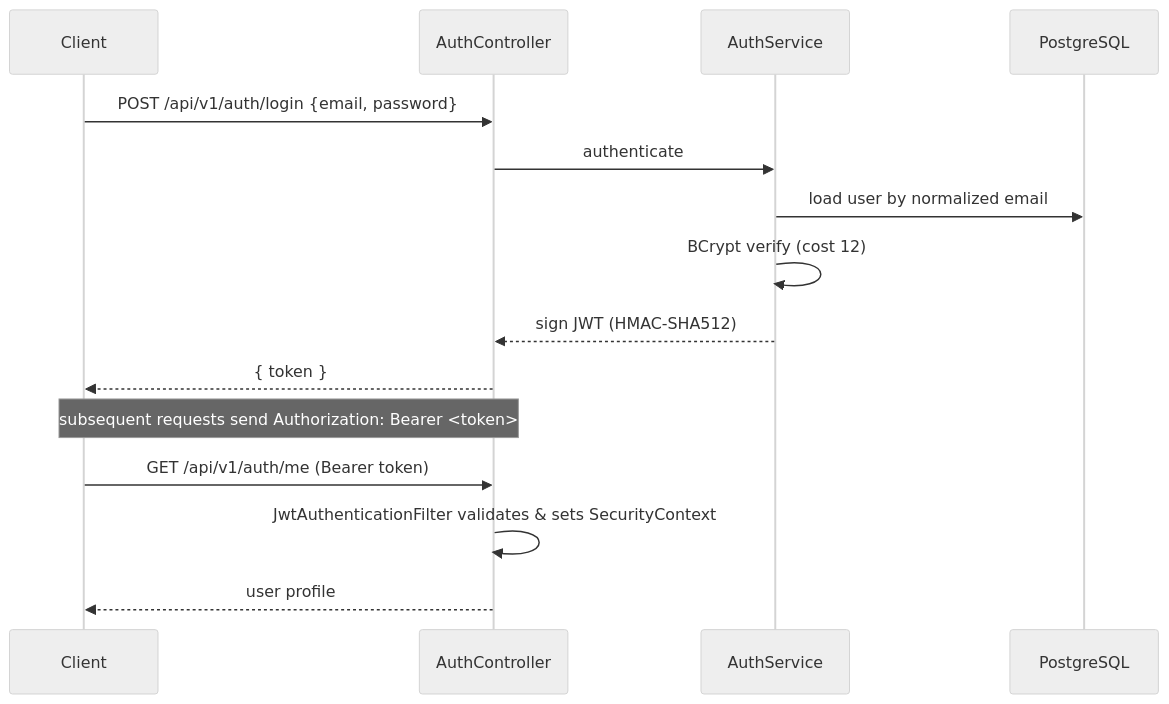
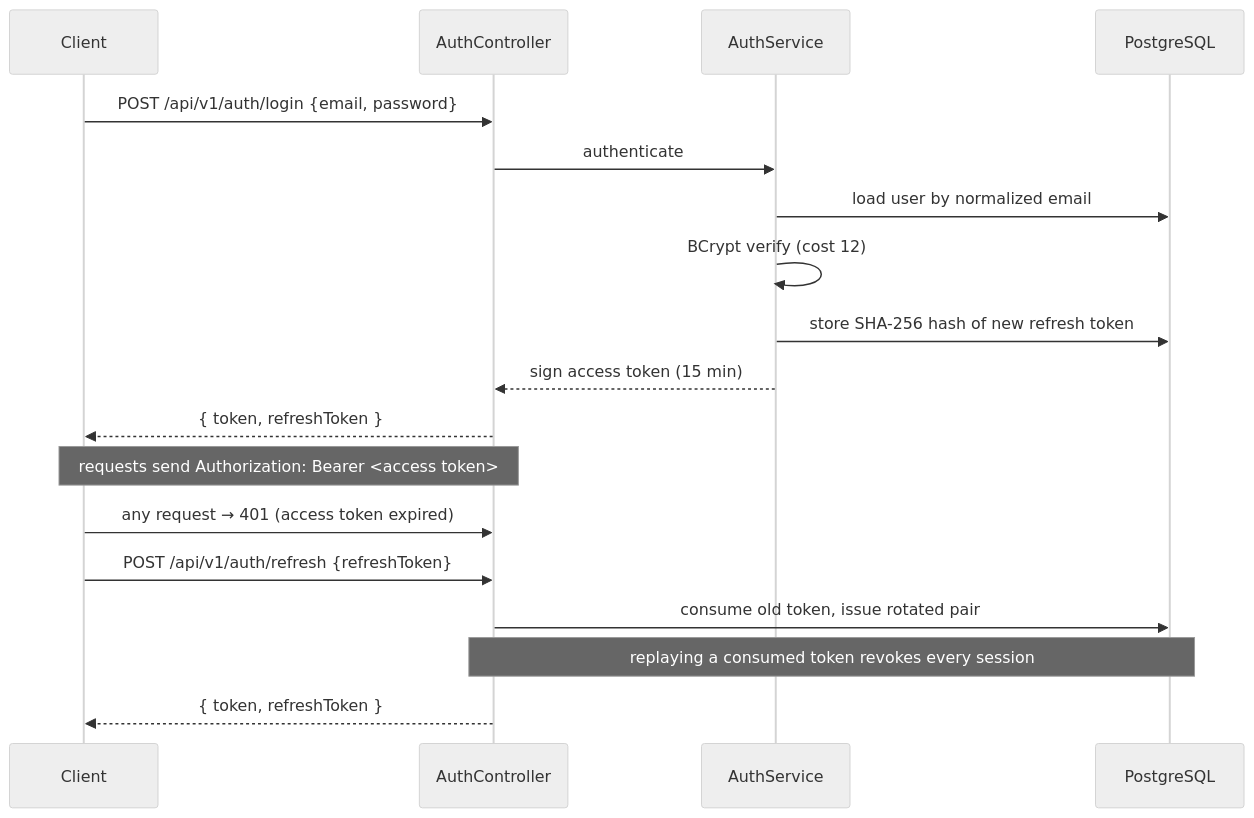
One commit to mithunveluru/flowsight changed the fourth of 7 diagrams in README.md. Above: the diagram before and after it, drawn with Mermaid (neutral theme). The commit also changed other lines of this file and 22 other files, not shown here.

````diff
--- a/README.md
+++ b/README.md
@@ -223,17 +350,20 @@
 ```mermaid
 sequenceDiagram
     participant C as Client
     participant API as AuthController
     participant S as AuthService
     participant DB as PostgreSQL
     C->>API: POST /api/v1/auth/login {email, password}
     API->>S: authenticate
     S->>DB: load user by normalized email
     S->>S: BCrypt verify (cost 12)
-    S-->>API: sign JWT (HMAC-SHA512)
-    API-->>C: { token }
-    Note over C,API: subsequent requests send Authorization: Bearer <token>
-    C->>API: GET /api/v1/auth/me (Bearer token)
-    API->>API: JwtAuthenticationFilter validates & sets SecurityContext
-    API-->>C: user profile
+    S->>DB: store SHA-256 hash of new refresh token
+    S-->>API: sign access token (15 min)
+    API-->>C: { token, refreshToken }
+    Note over C,API: requests send Authorization: Bearer <access token>
+    C->>API: any request → 401 (access token expired)
+    C->>API: POST /api/v1/auth/refresh {refreshToken}
+    API->>DB: consume old token, issue rotated pair
+    Note over API,DB: replaying a consumed token revokes every session
+    API-->>C: { token, refreshToken }
 ```
````
